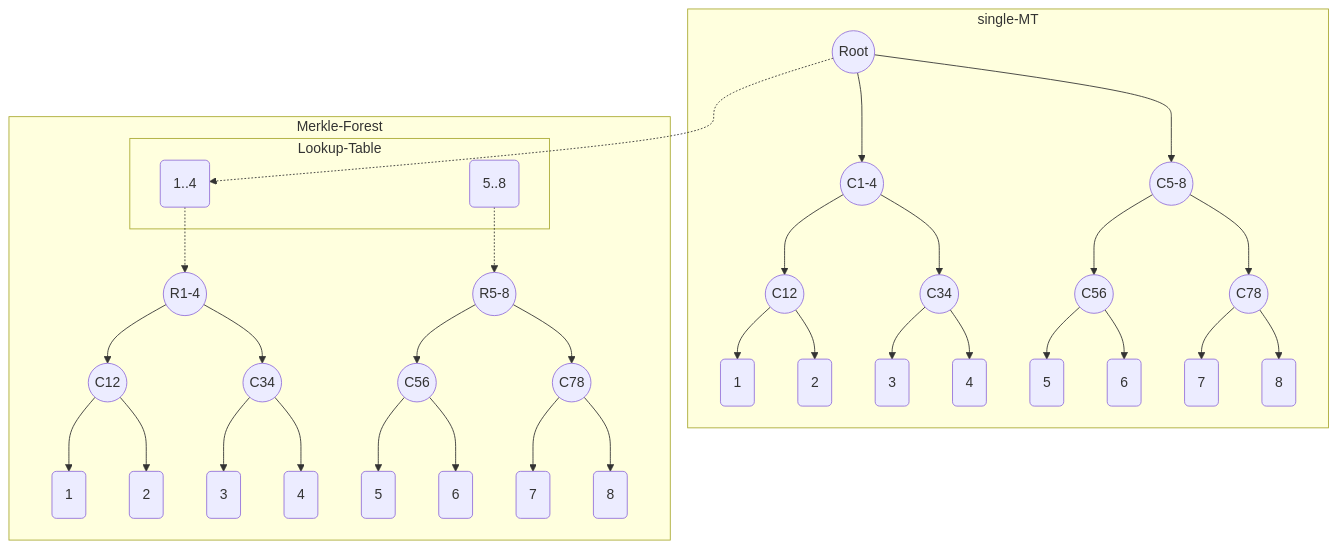
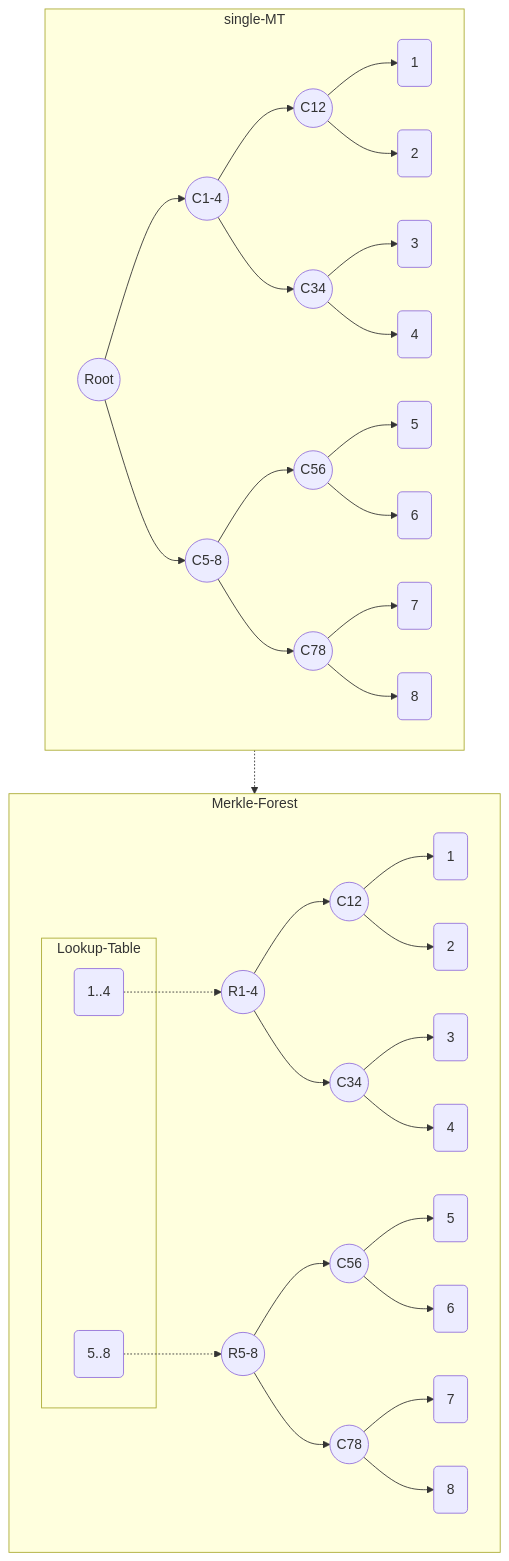
One commit to Poseidon-ZKP/merkle-forest changed the diagram in README.md. Above: the diagram before and after it, drawn with Mermaid.

````diff
--- a/README.md
+++ b/README.md
@@ -29,30 +29,30 @@
 ```mermaid
     graph TD;
         subgraph single-MT
             R((Root))-->C1234 & C5678;
             C1234((C1-4)) --> C12((C12)) & C34((C34));
             C5678((C5-8)) --> C56((C56)) & C78((C78));
             C12-->L1(1) & L2(2)
             C34-->L3(3) & L4(4)
             C56-->L5(5) & L6(6)
             C78-->L7(7) & L8(8)
         end
 
         subgraph Merkle-Forest
             subgraph Lookup-Table
                 LT1(1..4)
                 LT5(5..8)
             end
             LT1 -.-> FC1234;
             LT5 -.-> FC5678;
             FC1234((R1-4)) --> FC12((C12)) & FC34((C34));
             FC5678((R5-8)) --> FC56((C56)) & FC78((C78));
             FC12-->FL1(1) & FL2(2)
             FC34-->FL3(3) & FL4(4)
             FC56-->FL5(5) & FL6(6)
             FC78-->FL7(7) & FL8(8)
         end
 
-        R -.-> LT1
+        single-MT -.-> Merkle-Forest
 
 ```
````
